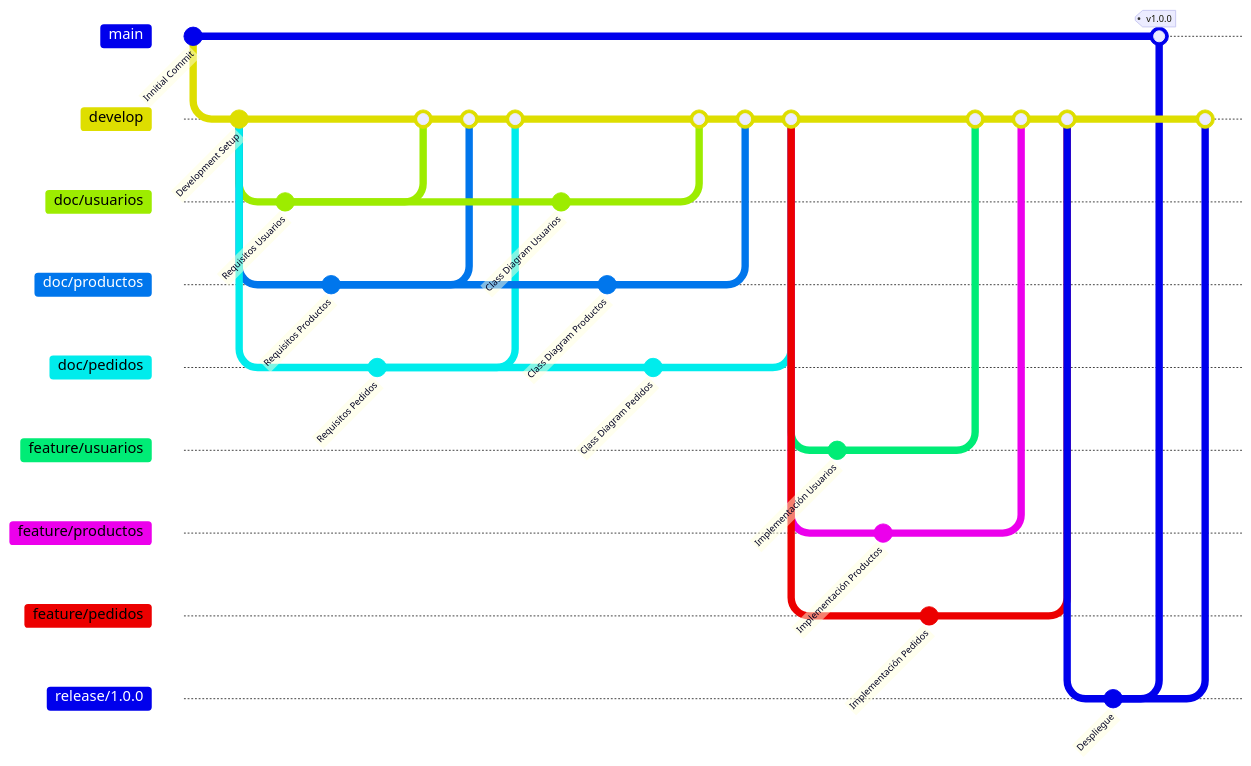
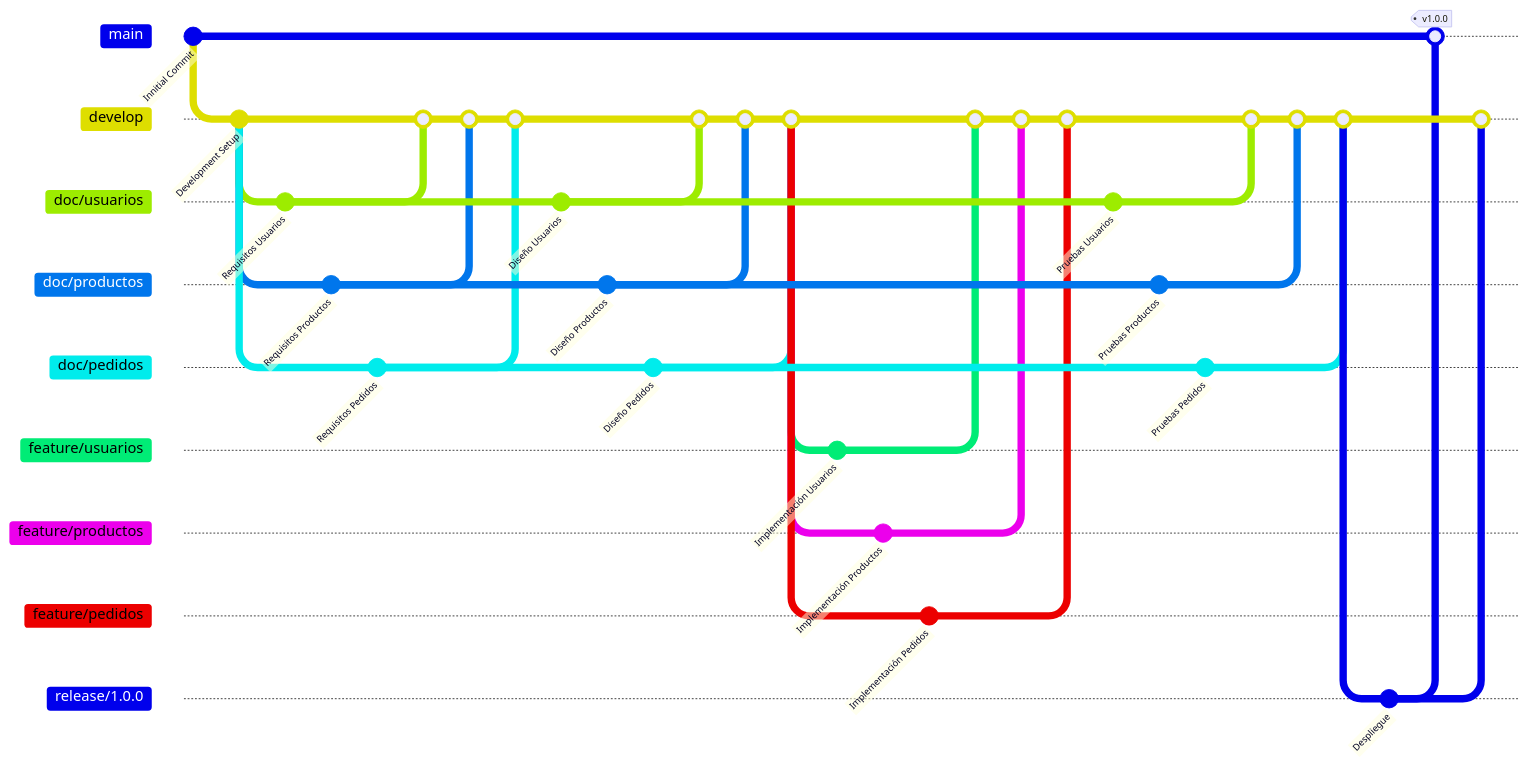
The diagram in CONTRIBUTING.md (RDGS2005/Cafesysto), drawn with Mermaid before and after one commit. The commit also changed other lines of this file, not shown here.

Commit message:
fix: correción del flujo de trabajo

```diff
--- a/CONTRIBUTING.md
+++ b/CONTRIBUTING.md
@@ -134,17 +134,17 @@
     merge doc/pedidos
 
     checkout doc/usuarios
-    commit id: "Class Diagram Usuarios"
+    commit id: "Diseño Usuarios"
 
     checkout develop
 
     checkout doc/productos
-    commit id: "Class Diagram Productos"
+    commit id: "Diseño Productos"
 
     checkout develop
 
     checkout doc/pedidos
-    commit id: "Class Diagram Pedidos"
+    commit id: "Diseño Pedidos"
 
     checkout develop
     merge doc/usuarios
@@ -172,7 +172,23 @@
     merge feature/productos
     merge feature/pedidos
 
+    checkout doc/usuarios
+    commit id: "Pruebas Usuarios"
+
     checkout develop
+
+    checkout doc/productos
+    commit id: "Pruebas Productos"
+
+    checkout develop
+
+    checkout doc/pedidos
+    commit id: "Pruebas Pedidos"
+
+    checkout develop
+    merge doc/usuarios
+    merge doc/productos
+    merge doc/pedidos
 
     branch release/1.0.0
     checkout release/1.0.0
```
